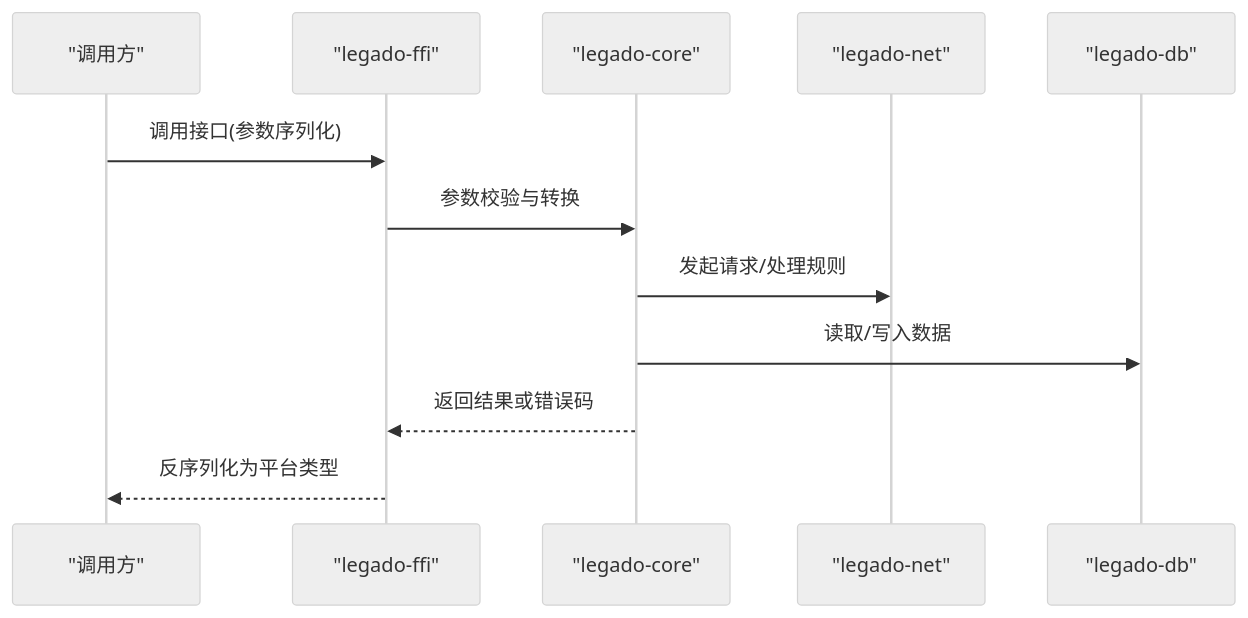
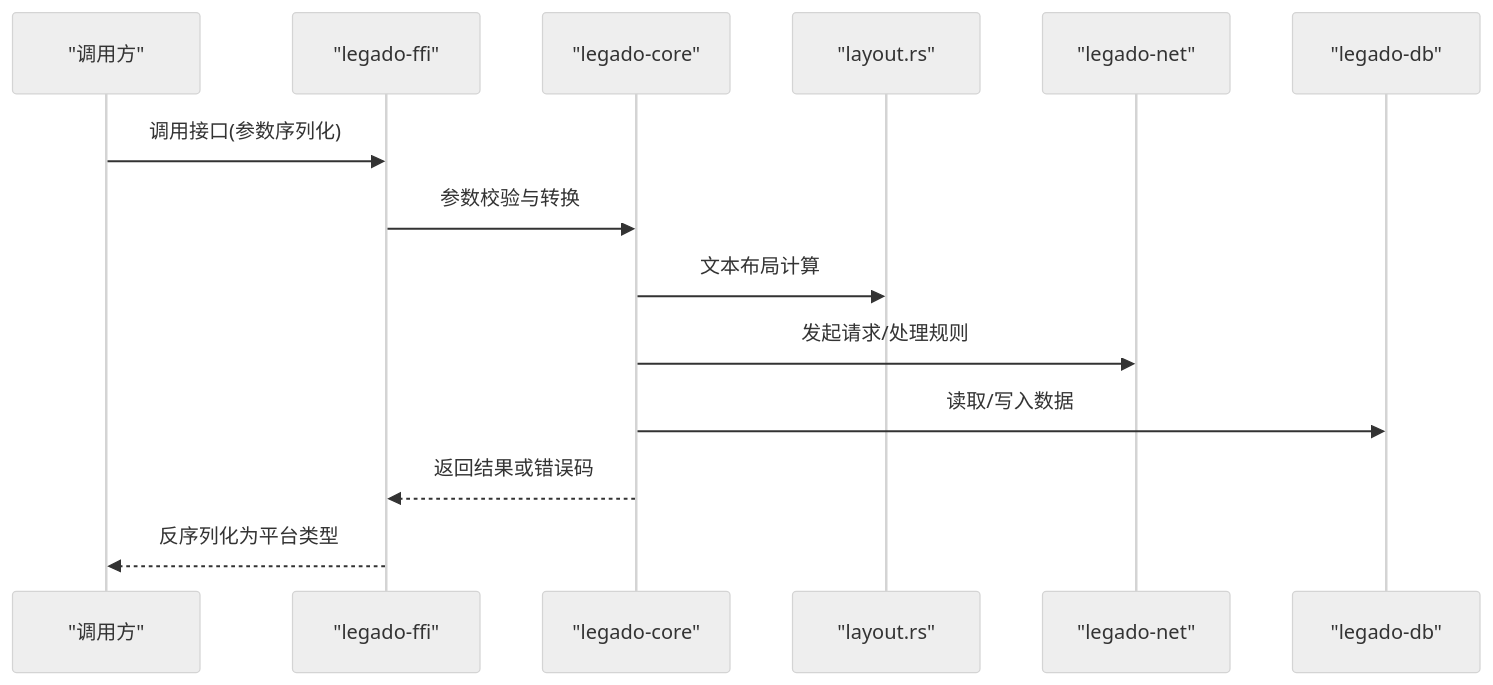
Before and after one commit to ZhangGHGitHub/LegadoTeamFlutter: the third of 6 diagrams in .qoder/repowiki/zh/content/开发指南/项目结构/Rust核心库结构.md, drawn with Mermaid (neutral theme). The commit also changed other lines of this file and 66 other files, not shown here.

````diff
--- a/.qoder/repowiki/zh/content/开发指南/项目结构/Rust核心库结构.md
+++ b/.qoder/repowiki/zh/content/开发指南/项目结构/Rust核心库结构.md
@@ -166,14 +180,16 @@
 ```mermaid
 sequenceDiagram
 participant Caller as "调用方"
 participant FFI as "legado-ffi"
 participant Core as "legado-core"
+participant Layout as "layout.rs"
 participant Net as "legado-net"
 participant DB as "legado-db"
 Caller->>FFI : 调用接口(参数序列化)
 FFI->>Core : 参数校验与转换
+Core->>Layout : 文本布局计算
 Core->>Net : 发起请求/处理规则
 Core->>DB : 读取/写入数据
 Core-->>FFI : 返回结果或错误码
 FFI-->>Caller : 反序列化为平台类型
 ```
````
